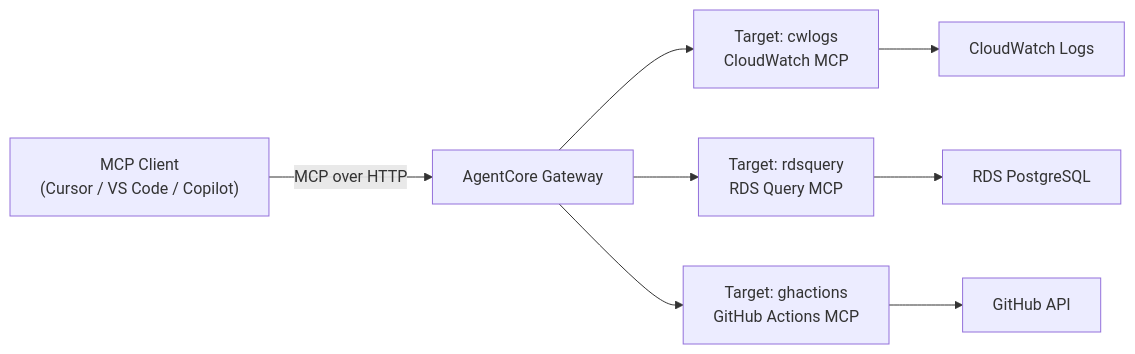
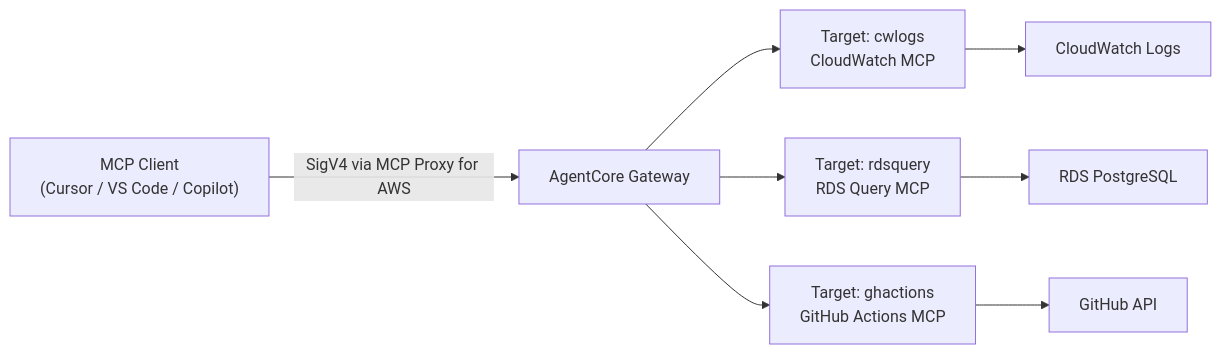
The first of 14 diagrams in docs/orchestrator-mcp-server-design.md (matthewTechCom/devops_agent), drawn with Mermaid before and after one commit. The commit also changed other lines of this file and 13 other files, not shown here.

Commit message:
feat: AgentCore GatewayにAWS_IAM認証を追加し、MCP Proxy for AWSとの接続を更新

````diff
--- a/docs/orchestrator-mcp-server-design.md
+++ b/docs/orchestrator-mcp-server-design.md
@@ -11,19 +11,19 @@
 ```mermaid
 graph LR
     Client["MCP Client<br/>(Cursor / VS Code / Copilot)"]
     GW["AgentCore Gateway"]
     RT_CW["Target: cwlogs<br/>CloudWatch MCP"]
     RT_RDS["Target: rdsquery<br/>RDS Query MCP"]
     RT_GHA["Target: ghactions<br/>GitHub Actions MCP"]
     CW["CloudWatch Logs"]
     RDS["RDS PostgreSQL"]
     GH["GitHub API"]
 
-    Client -->|MCP over HTTP| GW
+    Client -->|SigV4 via MCP Proxy for AWS| GW
     GW --> RT_CW
     GW --> RT_RDS
     GW --> RT_GHA
     RT_CW --> CW
     RT_RDS --> RDS
     RT_GHA --> GH
 ```
````
